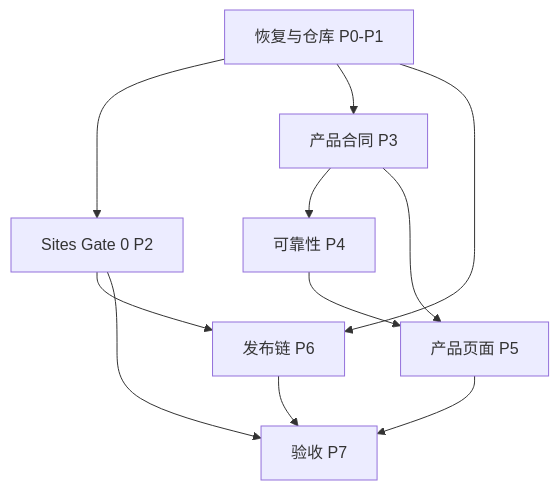
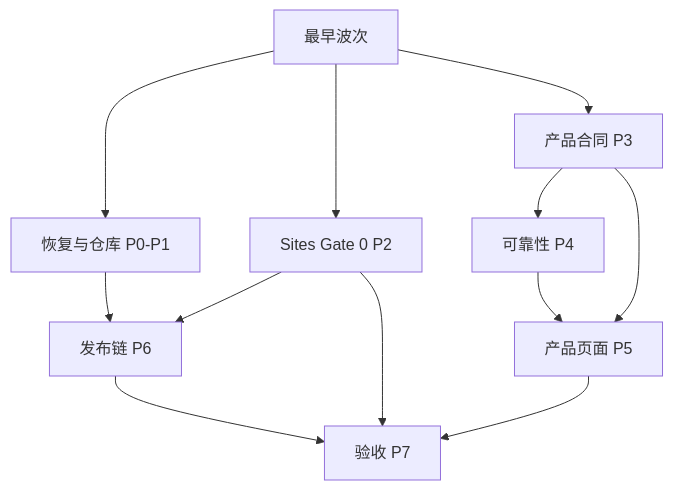
One commit to lingfeng-xiao/lingfeng-workbench changed the diagram in docs/wb-dependency-graph.md. Above: the diagram before and after it, drawn with Mermaid. The commit also changed other lines of this file, not shown here.

````diff
--- a/docs/wb-dependency-graph.md
+++ b/docs/wb-dependency-graph.md
@@ -7,13 +7,14 @@
 ```mermaid
 flowchart TD
-  R["恢复与仓库 P0-P1"] --> G0["Sites Gate 0 P2"]
-  R --> C["产品合同 P3"]
+  S["最早波次"] --> R["恢复与仓库 P0-P1"]
+  S --> G0["Sites Gate 0 P2"]
+  S --> C["产品合同 P3"]
   C --> Q["可靠性 P4"]
   C --> UI["产品页面 P5"]
   Q --> UI
   R --> REL["发布链 P6"]
   G0 --> REL
   G0 --> ACC["验收 P7"]
   UI --> ACC
   REL --> ACC
 ```
````
